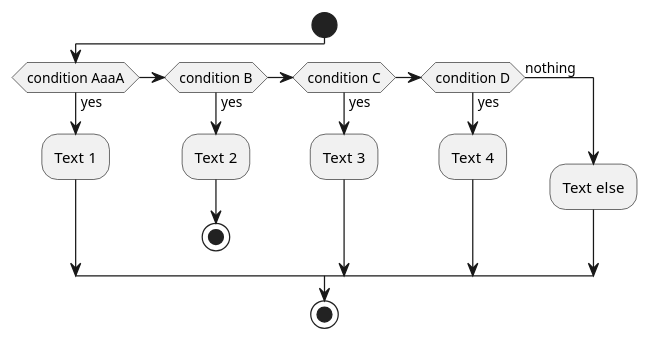
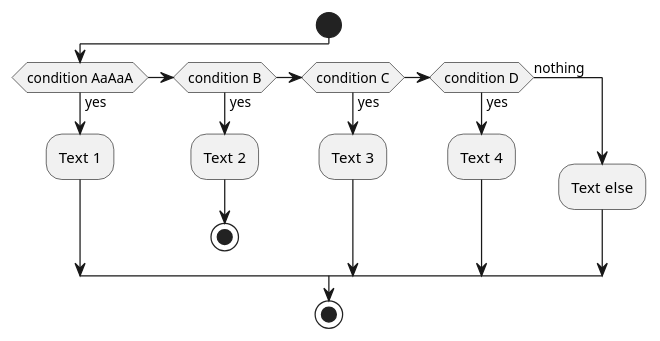
The diagram in activity-diagram.puml (mawatari/example-project-uml), drawn with PlantUML before and after one commit.

```diff
--- a/activity-diagram.puml
+++ b/activity-diagram.puml
@@ -1,17 +1,17 @@
 @startuml
 
 start
-if (condition AaaA) then (yes)
+if (condition AaAaA) then (yes)
   :Text 1;
 elseif (condition B) then (yes)
   :Text 2;
   stop
 elseif (condition C) then (yes)
   :Text 3;
 elseif (condition D) then (yes)
   :Text 4;
 else (nothing)
   :Text else;
 endif
 stop
 @enduml
```
